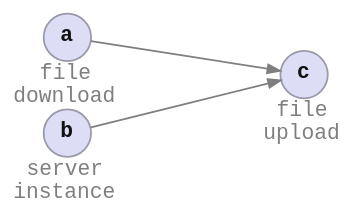
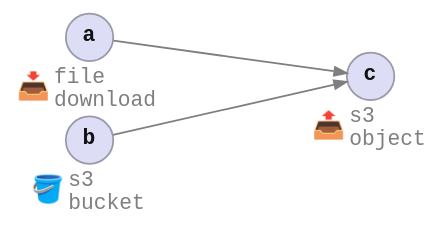
One commit to azriel91/peace changed the second of 2 diagrams in doc/src/learning_material/empathetic_code_design/flow_definition.md. Above: the diagram before and after it, drawn with Graphviz. The commit also changed other lines of this file and 18 other files, not shown here.

````diff
--- a/doc/src/learning_material/empathetic_code_design/flow_definition.md
+++ b/doc/src/learning_material/empathetic_code_design/flow_definition.md
@@ -95,50 +93,59 @@
 ```dot process
 digraph {
     graph [
         margin    = 0.0
         penwidth  = 0
         nodesep   = 0.0
         ranksep   = 0.02
         bgcolor   = "transparent"
         fontname  = "helvetica"
         fontcolor = "#7f7f7f"
         rankdir   = LR
         splines   = line
     ]
     node [
         fontcolor = "#111111"
         fontname  = "monospace"
         fontsize  = 12
         shape     = "circle"
         style     = "filled"
         width     = 0.3
         height    = 0.3
         margin    = 0.04
         color     = "#9999aa"
         fillcolor = "#ddddf5"
     ]
     edge [
         arrowsize = 0.7
         color     = "#7f7f7f"
         fontcolor = "#7f7f7f"
     ]
 
     subgraph cluster_a {
         a [label = <<b>a</b>>]
-        a_text [shape="plain" style="" fontcolor="#7f7f7f" label = <file<br/>download>]
+        a_text [shape="plain" style="" fontcolor="#7f7f7f" label = <<table border="0" cellborder="0" cellpadding="0"><tr>
+            <td><font point-size="15">📥</font></td>
+            <td balign="left">file<br/>download</td>
+        </tr></table>>]
     }
 
     subgraph cluster_b {
         b [label = <<b>b</b>>]
-        b_text [shape="plain" style="" fontcolor="#7f7f7f" label = <server<br/>instance>]
+        b_text [shape="plain" style="" fontcolor="#7f7f7f" label = <<table border="0" cellborder="0" cellpadding="0"><tr>
+            <td><font point-size="15">🪣</font></td>
+            <td balign="left">s3<br/>bucket</td>
+        </tr></table>>]
     }
 
     subgraph cluster_c {
         c [label = <<b>c</b>>]
-        c_text [shape="plain" style="" fontcolor="#7f7f7f" label = <file<br/>upload>]
+        c_text [shape="plain" style="" fontcolor="#7f7f7f" label = <<table border="0" cellborder="0" cellpadding="0"><tr>
+            <td><font point-size="15">📤</font></td>
+            <td balign="left">s3<br/>object</td>
+        </tr></table>>]
     }
 
     a -> c [minlen = 9]
     b -> c [minlen = 9]
 }
 ```
````
